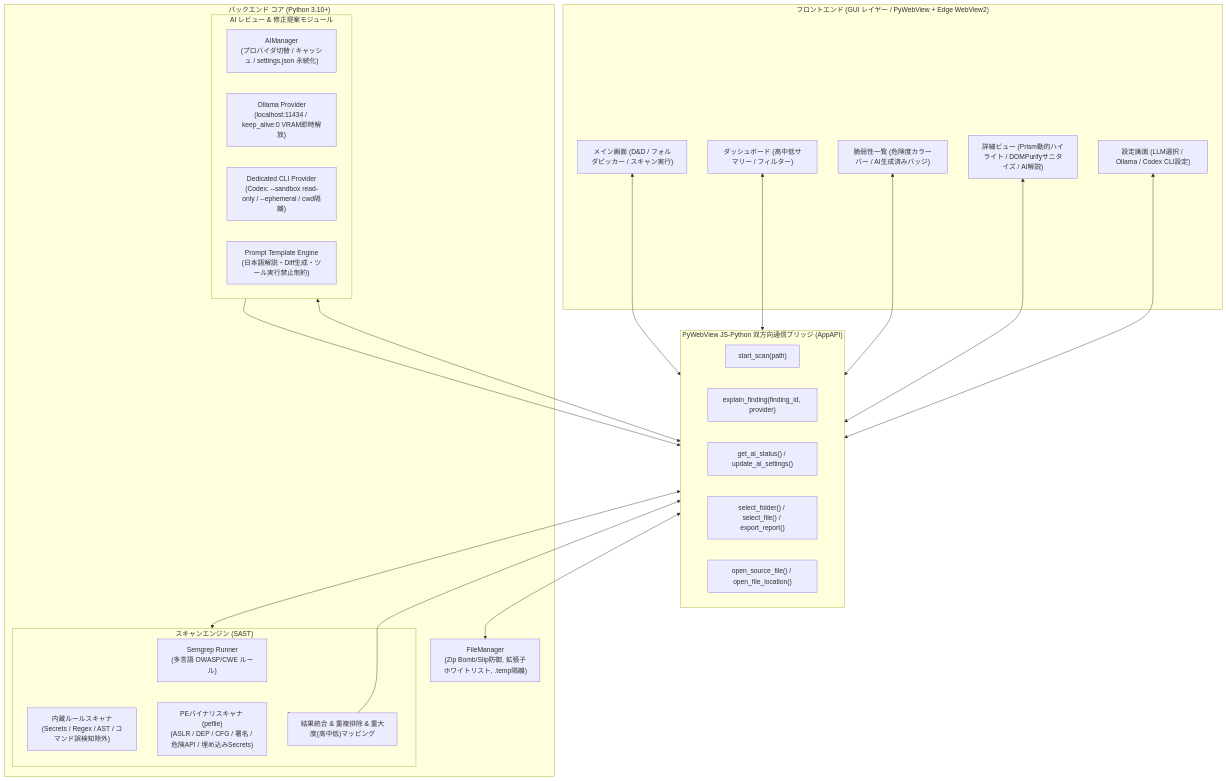
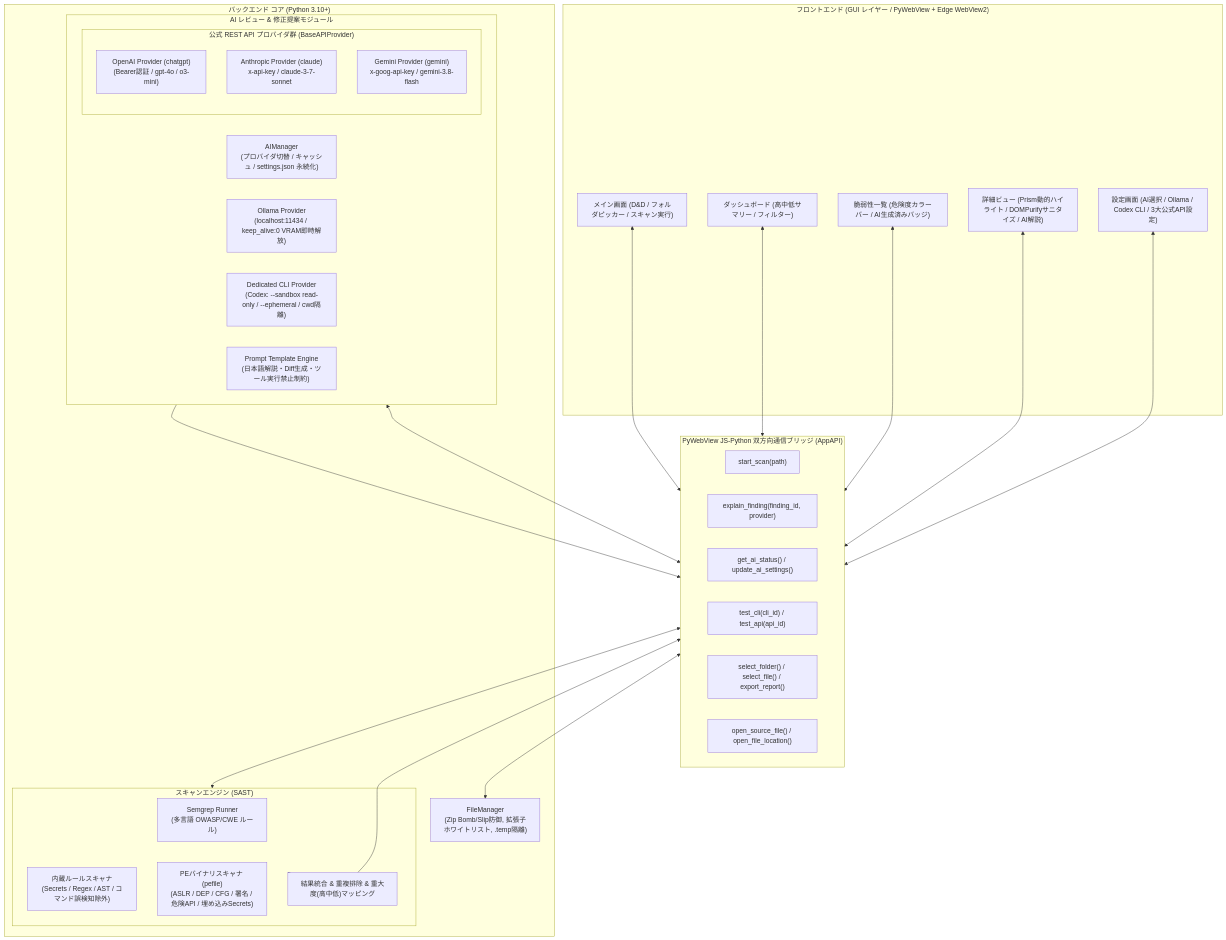
Before and after one commit to shred0901-DEV/CodeChecker: the diagram in docs/ARCHITECTURE.md, drawn with Mermaid. The commit also changed other lines of this file and 5 other files, not shown here.

````diff
--- a/docs/ARCHITECTURE.md
+++ b/docs/ARCHITECTURE.md
@@ -10,50 +11,58 @@
 ```mermaid
 flowchart TB
     subgraph Frontend["フロントエンド (GUI レイヤー / PyWebView + Edge WebView2)"]
         UI_Main["メイン画面 (D&D / フォルダピッカー / スキャン実行)"]
         UI_Dash["ダッシュボード (高中低サマリー / フィルター)"]
         UI_List["脆弱性一覧 (危険度カラーバー / AI生成済みバッジ)"]
         UI_Detail["詳細ビュー (Prism動的ハイライト / DOMPurifyサニタイズ / AI解説)"]
-        UI_Settings["設定画面 (LLM選択 / Ollama / Codex CLI設定)"]
+        UI_Settings["設定画面 (AI選択 / Ollama / Codex CLI / 3大公式API設定)"]
     end
 
     subgraph Bridge["PyWebView JS-Python 双方向通信ブリッジ (AppAPI)"]
         API_Scan["start_scan(path)"]
         API_Explain["explain_finding(finding_id, provider)"]
         API_Settings["get_ai_status() / update_ai_settings()"]
+        API_Test["test_cli(cli_id) / test_api(api_id)"]
         API_Dialog["select_folder() / select_file() / export_report()"]
         API_Open["open_source_file() / open_file_location()"]
     end
 
     subgraph Core["バックエンド コア (Python 3.10+)"]
         FileManager["FileManager\n(Zip Bomb/Slip防御, 拡張子ホワイトリスト, .temp隔離)"]
         
         subgraph ScannerEngine["スキャンエンジン (SAST)"]
             SemgrepRunner["Semgrep Runner\n(多言語 OWASP/CWE ルール)"]
             BuiltinRules["内蔵ルールスキャナ\n(Secrets / Regex / AST / コマンド誤検知除外)"]
             PEScanner["PEバイナリスキャナ (pefile)\n(ASLR / DEP / CFG / 署名 / 危険API / 埋め込みSecrets)"]
             Aggregator["結果統合 & 重複排除 & 重大度(高中低)マッピング"]
         end
 
         subgraph AIModule["AI レビュー & 修正提案モジュール"]
             AIManager["AIManager\n(プロバイダ切替 / キャッシュ / settings.json 永続化)"]
             OllamaClient["Ollama Provider\n(localhost:11434 / keep_alive:0 VRAM即時解放)"]
             CodexClient["Dedicated CLI Provider\n(Codex: --sandbox read-only / --ephemeral / cwd隔離)"]
+            
+            subgraph CloudAPIs["公式 REST API プロバイダ群 (BaseAPIProvider)"]
+                OpenAIClient["OpenAI Provider (chatgpt)\n(Bearer認証 / gpt-4o / o3-mini)"]
+                AnthropicClient["Anthropic Provider (claude)\nx-api-key / claude-3-7-sonnet"]
+                GeminiClient["Gemini Provider (gemini)\nx-goog-api-key / gemini-3.8-flash"]
+            end
+            
             PromptEngine["Prompt Template Engine\n(日本語解説・Diff生成・ツール実行禁止制約)"]
         end
     end
 
     UI_Main <--> Bridge
     UI_Dash <--> Bridge
     UI_List <--> Bridge
     UI_Detail <--> Bridge
     UI_Settings <--> Bridge
 
     Bridge <--> FileManager
     Bridge <--> ScannerEngine
     Bridge <--> AIModule
 
     ScannerEngine --> Aggregator
     Aggregator --> Bridge
     AIModule --> Bridge
 ```
````
